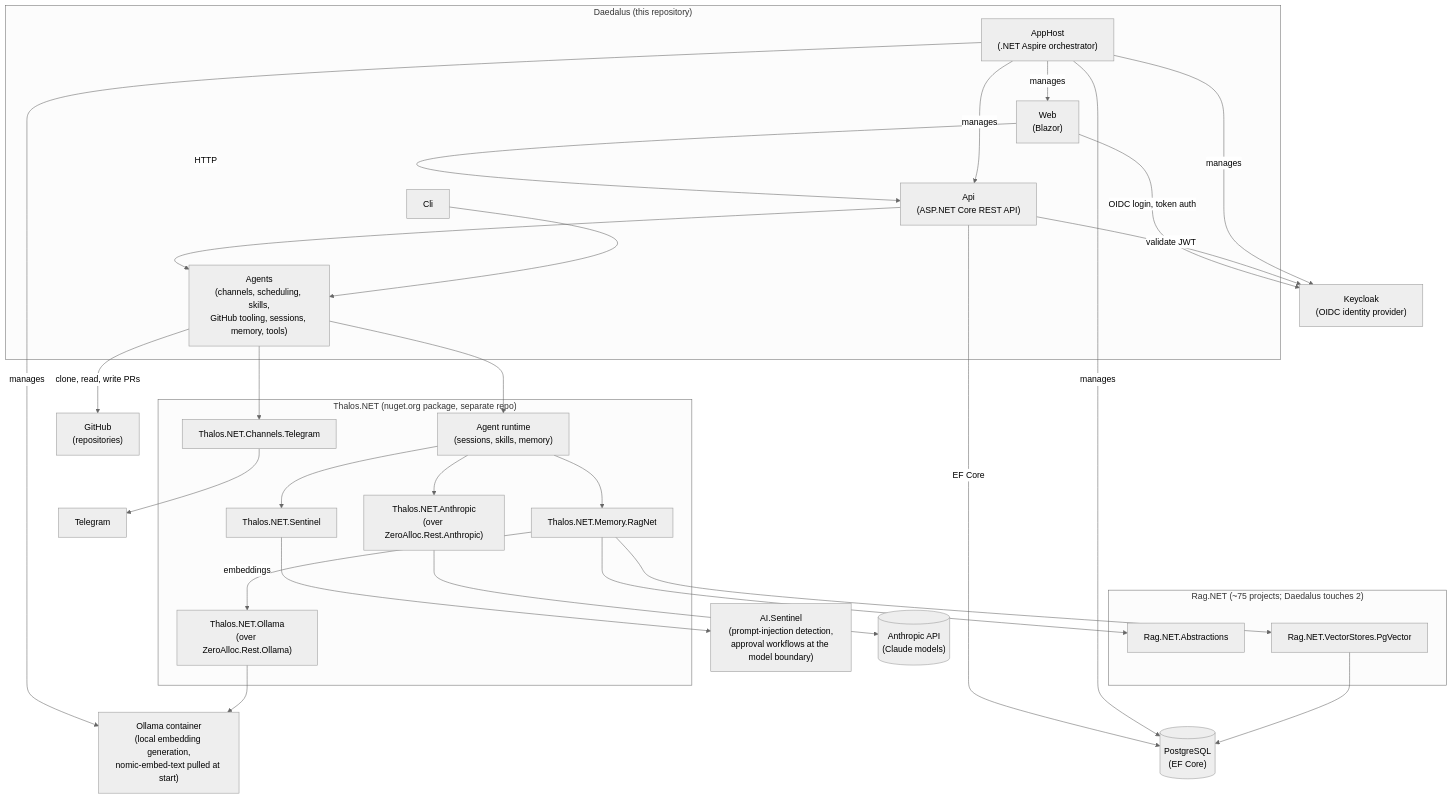
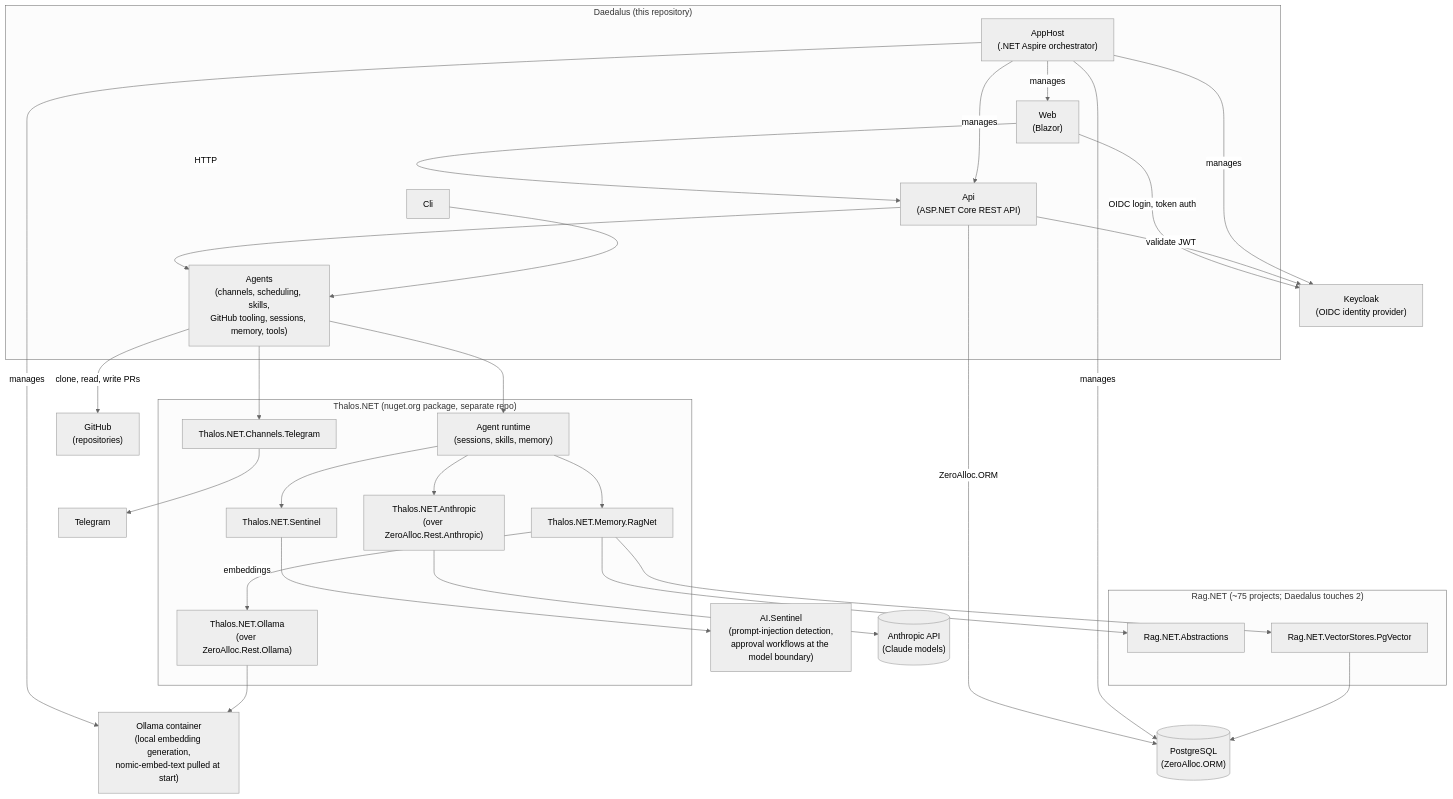
One commit to MarcelRoozekrans/Daedalus.NET changed the first of 24 diagrams in docs/architecture-diagrams.md. Above: the diagram before and after it, drawn with Mermaid (neutral theme). The commit also changed other lines of this file and 3 other files, not shown here.

First line of the commit message:
docs: describe the ZeroAlloc.ORM data layer and migrations

````diff
--- a/docs/architecture-diagrams.md
+++ b/docs/architecture-diagrams.md
@@ -25,62 +25,62 @@
 ```mermaid
 graph TB
     subgraph "Daedalus (this repository)"
         Web["Web<br/>(Blazor)"]
         Api["Api<br/>(ASP.NET Core REST API)"]
         Cli["Cli"]
         Agents["Agents<br/>(channels, scheduling, skills,<br/>GitHub tooling, sessions, memory, tools)"]
         AppHost["AppHost<br/>(.NET Aspire orchestrator)"]
     end
 
     subgraph "Thalos.NET (nuget.org package, separate repo)"
         Runtime["Agent runtime<br/>(sessions, skills, memory)"]
         ThalosAnthropic["Thalos.NET.Anthropic<br/>(over ZeroAlloc.Rest.Anthropic)"]
         ThalosOllama["Thalos.NET.Ollama<br/>(over ZeroAlloc.Rest.Ollama)"]
         ThalosSentinel["Thalos.NET.Sentinel"]
         ThalosMemoryRagNet["Thalos.NET.Memory.RagNet"]
         ThalosTelegram["Thalos.NET.Channels.Telegram"]
     end
 
     Sentinel["AI.Sentinel<br/>(prompt-injection detection,<br/>approval workflows at the model boundary)"]
 
     subgraph "Rag.NET (~75 projects; Daedalus touches 2)"
         RagAbstractions["Rag.NET.Abstractions"]
         RagPgVector["Rag.NET.VectorStores.PgVector"]
     end
 
     AnthropicApi[("Anthropic API<br/>(Claude models)")]
-    Postgres[("PostgreSQL<br/>(EF Core)")]
+    Postgres[("PostgreSQL<br/>(ZeroAlloc.ORM)")]
     Keycloak["Keycloak<br/>(OIDC identity provider)"]
     Ollama["Ollama container<br/>(local embedding generation,<br/>nomic-embed-text pulled at start)"]
     GitHub["GitHub<br/>(repositories)"]
     Telegram["Telegram"]
 
     Web -->|HTTP| Api
     Web -->|OIDC login, token auth| Keycloak
-    Api -->|EF Core| Postgres
+    Api -->|ZeroAlloc.ORM| Postgres
     Api -->|validate JWT| Keycloak
     Api --> Agents
     Cli --> Agents
 
     AppHost -->|manages| Web
     AppHost -->|manages| Api
     AppHost -->|manages| Postgres
     AppHost -->|manages| Keycloak
     AppHost -->|manages| Ollama
 
     Agents --> Runtime
     Agents -->|clone, read, write PRs| GitHub
     Agents --> ThalosTelegram
     Runtime --> ThalosAnthropic
     Runtime --> ThalosSentinel
     Runtime --> ThalosMemoryRagNet
 
     ThalosAnthropic --> AnthropicApi
     ThalosSentinel --> Sentinel
     ThalosMemoryRagNet --> RagAbstractions
     ThalosMemoryRagNet --> RagPgVector
     ThalosMemoryRagNet -->|embeddings| ThalosOllama
     ThalosOllama --> Ollama
     RagPgVector --> Postgres
     ThalosTelegram --> Telegram
 ```
````
